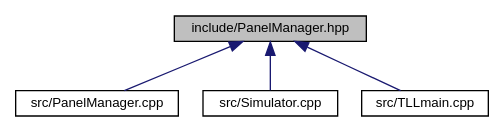
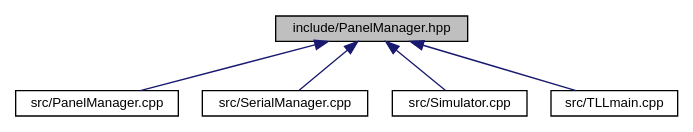
The diagram in docs/PanelManager_8hpp__dep__incl.dot (nkue-yst/MarbLED-SDK), drawn with Graphviz before and after one commit. The commit also changed 87 other files, not shown here.

Commit message:
Add serial communication function

```diff
--- a/docs/PanelManager_8hpp__dep__incl.dot
+++ b/docs/PanelManager_8hpp__dep__incl.dot
@@ -1,12 +1,14 @@
 digraph "include/PanelManager.hpp"
 {
   edge [fontname="Helvetica",fontsize="10",labelfontname="Helvetica",labelfontsize="10"];
   node [fontname="Helvetica",fontsize="10",shape=record];
   Node3 [label="include/PanelManager.hpp",height=0.2,width=0.4,color="black", fillcolor="grey75", style="filled", fontcolor="black"];
   Node3 -> Node4 [dir="back",color="midnightblue",fontsize="10",style="solid",fontname="Helvetica"];
   Node4 [label="src/PanelManager.cpp",height=0.2,width=0.4,color="black", fillcolor="white", style="filled",URL="$PanelManager_8cpp.html",tooltip="パネル情報管理クラスの実装 "];
   Node3 -> Node5 [dir="back",color="midnightblue",fontsize="10",style="solid",fontname="Helvetica"];
-  Node5 [label="src/Simulator.cpp",height=0.2,width=0.4,color="black", fillcolor="white", style="filled",URL="$Simulator_8cpp.html",tooltip="シミュレータークラスの実装 "];
+  Node5 [label="src/SerialManager.cpp",height=0.2,width=0.4,color="black", fillcolor="white", style="filled",URL="$SerialManager_8cpp.html",tooltip="Implementing a class to manage serial communication. "];
   Node3 -> Node6 [dir="back",color="midnightblue",fontsize="10",style="solid",fontname="Helvetica"];
-  Node6 [label="src/TLLmain.cpp",height=0.2,width=0.4,color="black", fillcolor="white", style="filled",URL="$TLLmain_8cpp.html",tooltip="公開APIの実装 "];
+  Node6 [label="src/Simulator.cpp",height=0.2,width=0.4,color="black", fillcolor="white", style="filled",URL="$Simulator_8cpp.html",tooltip="シミュレータークラスの実装 "];
+  Node3 -> Node7 [dir="back",color="midnightblue",fontsize="10",style="solid",fontname="Helvetica"];
+  Node7 [label="src/TLLmain.cpp",height=0.2,width=0.4,color="black", fillcolor="white", style="filled",URL="$TLLmain_8cpp.html",tooltip="公開APIの実装 "];
 }
```
